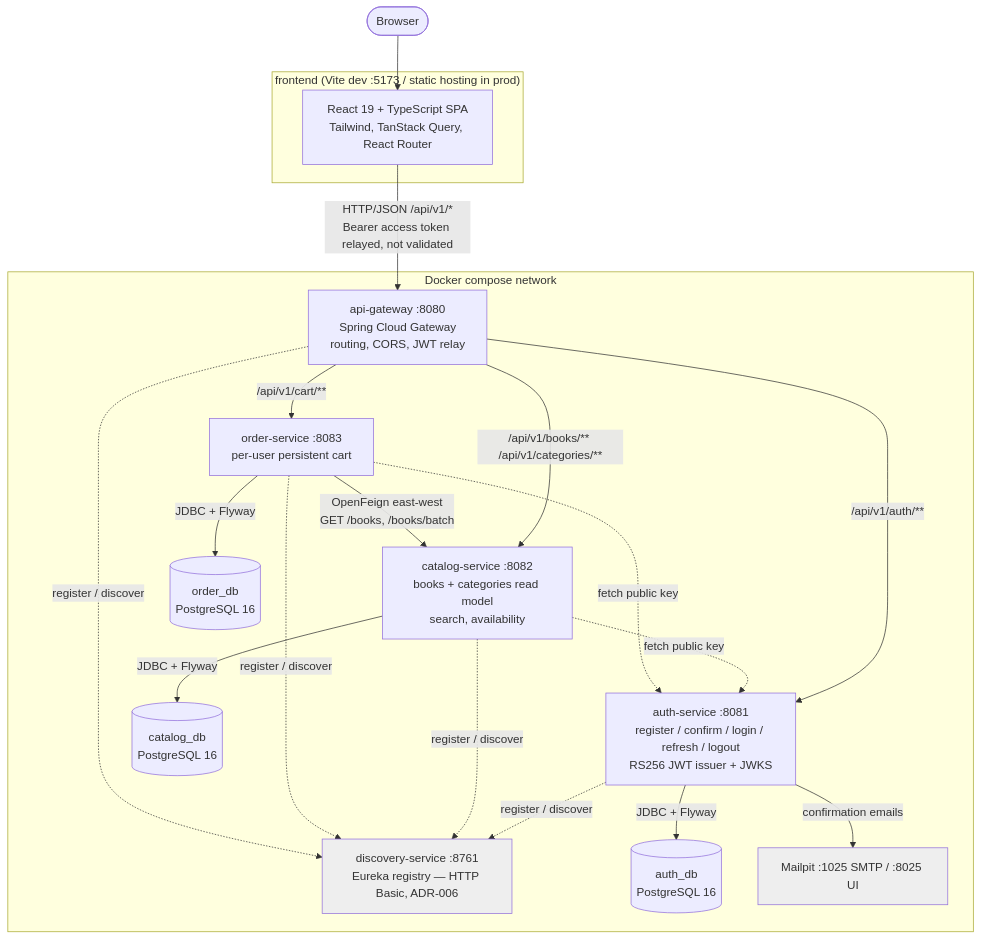
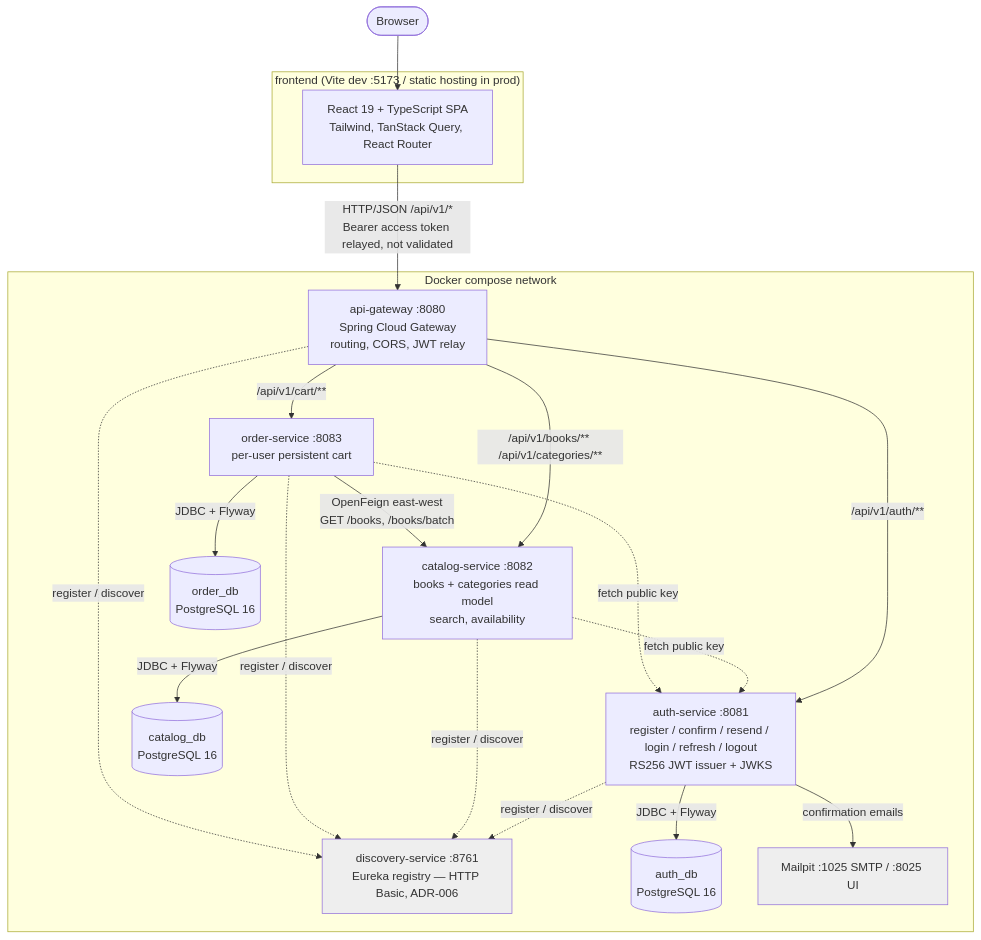
One commit to oscarllp98/foleybooks changed the second of 4 diagrams in docs/architecture.md. Above: the diagram before and after it, drawn with Mermaid. The commit also changed 7 other files, not shown here.

````diff
--- a/docs/architecture.md
+++ b/docs/architecture.md
@@ -39,40 +39,40 @@
 ```mermaid
 flowchart TB
     browser([Browser])
 
     subgraph fe["frontend (Vite dev :5173 / static hosting in prod)"]
         spa[React 19 + TypeScript SPA<br/>Tailwind, TanStack Query, React Router]
     end
 
     subgraph net["Docker compose network"]
         gw[api-gateway :8080<br/>Spring Cloud Gateway<br/>routing, CORS, JWT relay]
         eureka[discovery-service :8761<br/>Eureka registry — HTTP Basic, ADR-006]
-        auth[auth-service :8081<br/>register / confirm / login / refresh / logout<br/>RS256 JWT issuer + JWKS]
+        auth[auth-service :8081<br/>register / confirm / resend / login / refresh / logout<br/>RS256 JWT issuer + JWKS]
         catalog[catalog-service :8082<br/>books + categories read model<br/>search, availability]
         order[order-service :8083<br/>per-user persistent cart]
         authdb[(auth_db<br/>PostgreSQL 16)]
         catalogdb[(catalog_db<br/>PostgreSQL 16)]
         orderdb[(order_db<br/>PostgreSQL 16)]
         mail[Mailpit :1025 SMTP / :8025 UI]
     end
 
     browser --> spa
     spa -->|HTTP/JSON /api/v1/*<br/>Bearer access token relayed, not validated| gw
 
     gw -->|/api/v1/auth/**| auth
     gw -->|/api/v1/books/** /api/v1/categories/**| catalog
     gw -->|/api/v1/cart/**| order
 
     auth -->|JDBC + Flyway| authdb
     catalog -->|JDBC + Flyway| catalogdb
     order -->|JDBC + Flyway| orderdb
 
     order -->|OpenFeign east-west<br/>GET /books, /books/batch| catalog
 
     auth -->|confirmation emails| mail
     auth & catalog & order & gw -.->|register / discover| eureka
     catalog & order -.->|fetch public key| auth
 
     style eureka fill:#eee
     style mail fill:#eee
 ```
````
